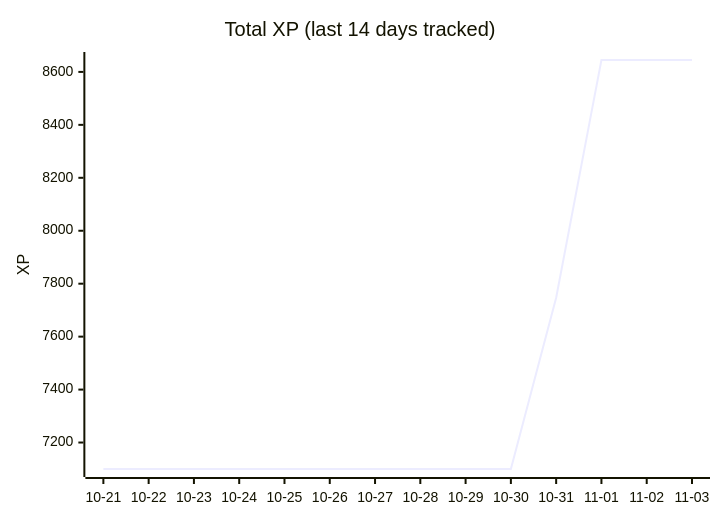
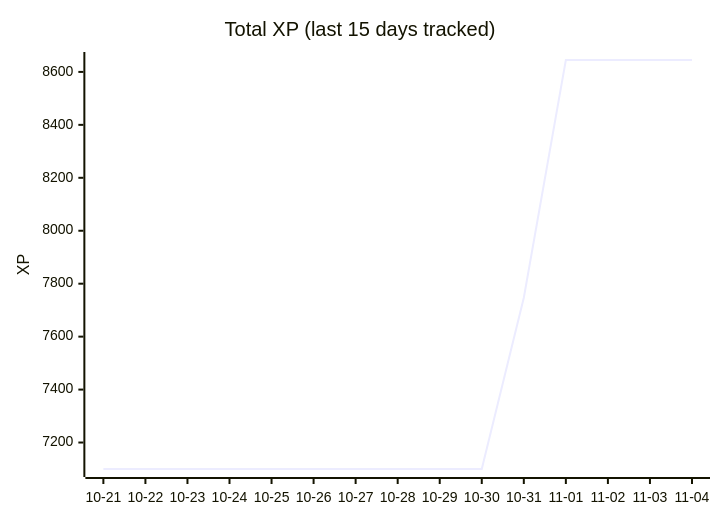
Before and after one commit to ASR222/bootdev-progress: the diagram in README.md, drawn with Mermaid. The commit also changed other lines of this file and 1 other file, not shown here.

Commit message:
Boot.dev progress: 2026-11-03

````diff
--- a/README.md
+++ b/README.md
@@ -14,7 +14,7 @@
 ```mermaid
 xychart-beta
-    title "Total XP (last 14 days tracked)"
-    x-axis ["10-21", "10-22", "10-23", "10-24", "10-25", "10-26", "10-27", "10-28", "10-29", "10-30", "10-31", "11-01", "11-02", "11-03"]
+    title "Total XP (last 15 days tracked)"
+    x-axis ["10-21", "10-22", "10-23", "10-24", "10-25", "10-26", "10-27", "10-28", "10-29", "10-30", "10-31", "11-01", "11-02", "11-03", "11-04"]
     y-axis "XP"
-    line [7100, 7100, 7100, 7100, 7100, 7100, 7100, 7100, 7100, 7100, 7747, 8645, 8645, 8645]
+    line [7100, 7100, 7100, 7100, 7100, 7100, 7100, 7100, 7100, 7100, 7747, 8645, 8645, 8645, 8645]
 ```
````
